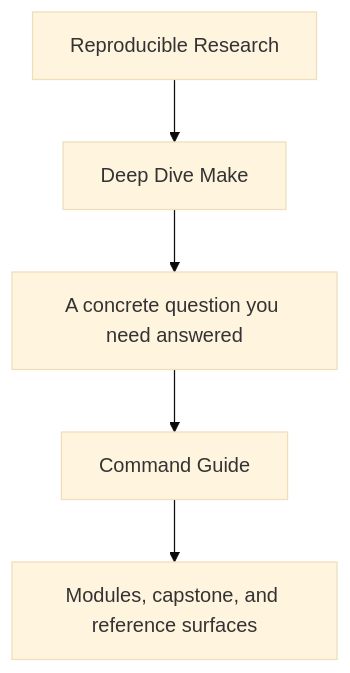
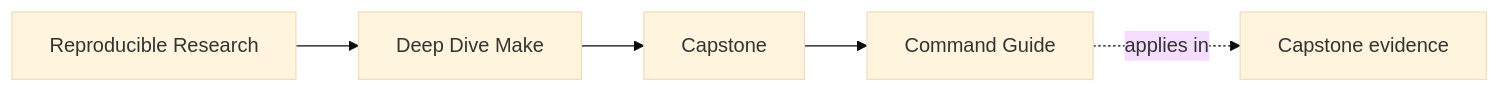
Before and after one commit to bijux/bijux-masterclass: the first of 2 diagrams in programs/reproducible-research/deep-dive-make/course-book/capstone/command-guide.md, drawn with Mermaid (base theme). The commit also changed other lines of this file and 146 other files, not shown here.

Commit message:
docs(deep-dive-make): map build truth and release review surfaces

````diff
--- a/programs/reproducible-research/deep-dive-make/course-book/capstone/command-guide.md
+++ b/programs/reproducible-research/deep-dive-make/course-book/capstone/command-guide.md
@@ -6,7 +6,11 @@
 ```mermaid
-flowchart TD
-  family["Reproducible Research"] --> program["Deep Dive Make"]
-  program --> pressure["A concrete question you need answered"]
-  pressure --> guide["Command Guide"]
-  guide --> next["Modules, capstone, and reference surfaces"]
+graph LR
+  family["Reproducible Research"]
+  program["Deep Dive Make"]
+  section["Capstone"]
+  page["Command Guide"]
+  capstone["Capstone evidence"]
+
+  family --> program --> section --> page
+  page -.applies in.-> capstone
 ```
````
